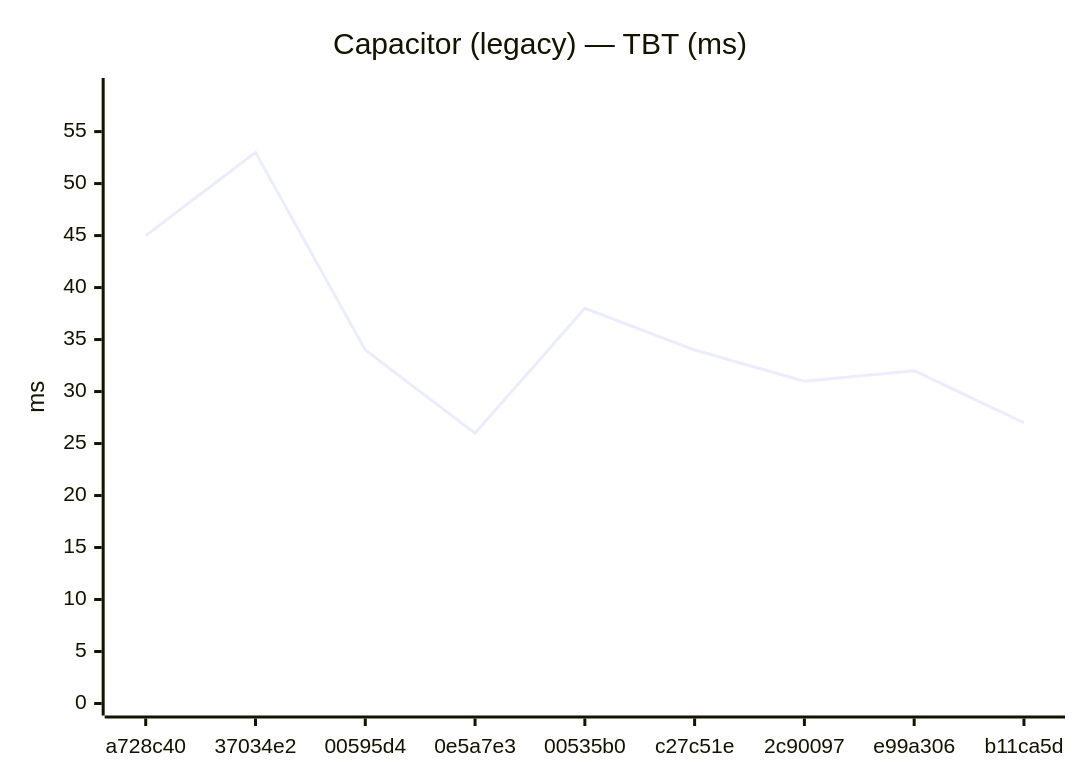
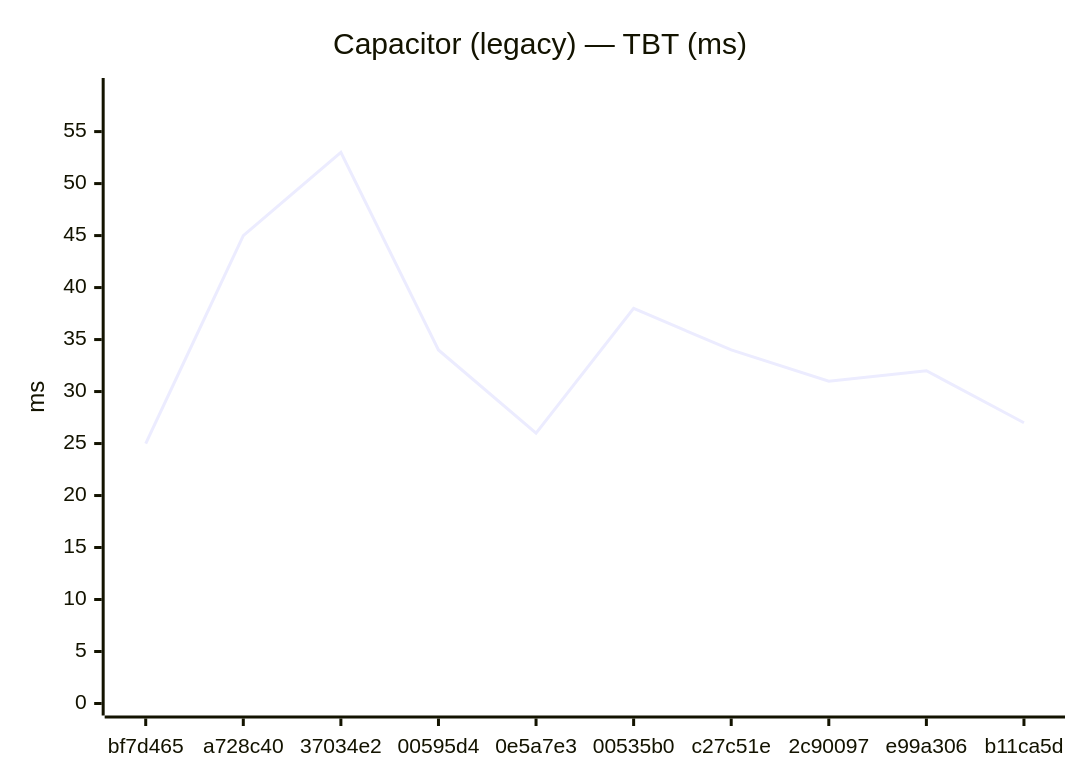
The sixth of 24 diagrams in benchmarks/compare.md (Metaheurist/Rianell), drawn with Mermaid before and after one commit. The commit also changed other lines of this file and 12 other files, not shown here.

````diff
--- a/benchmarks/compare.md
+++ b/benchmarks/compare.md
@@ -88,7 +91,7 @@
 ```mermaid
 xychart-beta
     title "Capacitor (legacy) — TBT (ms)"
-    x-axis ["a728c40", "37034e2", "00595d4", "0e5a7e3", "00535b0", "c27c51e", "2c90097", "e99a306", "b11ca5d"]
+    x-axis ["bf7d465", "a728c40", "37034e2", "00595d4", "0e5a7e3", "00535b0", "c27c51e", "2c90097", "e99a306", "b11ca5d"]
     y-axis "ms" 0 --> 59
-    line [45, 53, 34, 26, 38, 34, 31, 32, 27]
+    line [25, 45, 53, 34, 26, 38, 34, 31, 32, 27]
 ```
````
